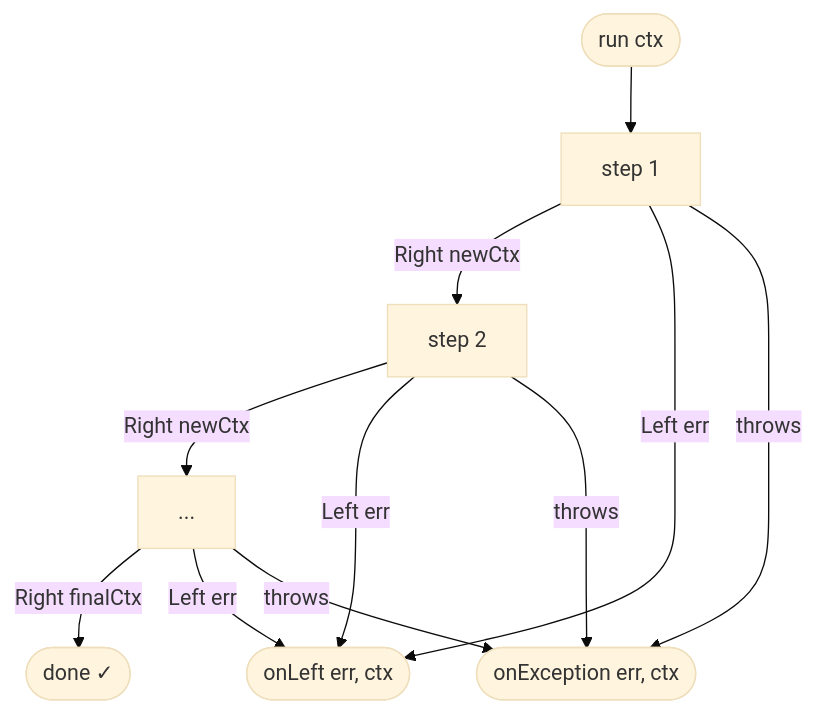
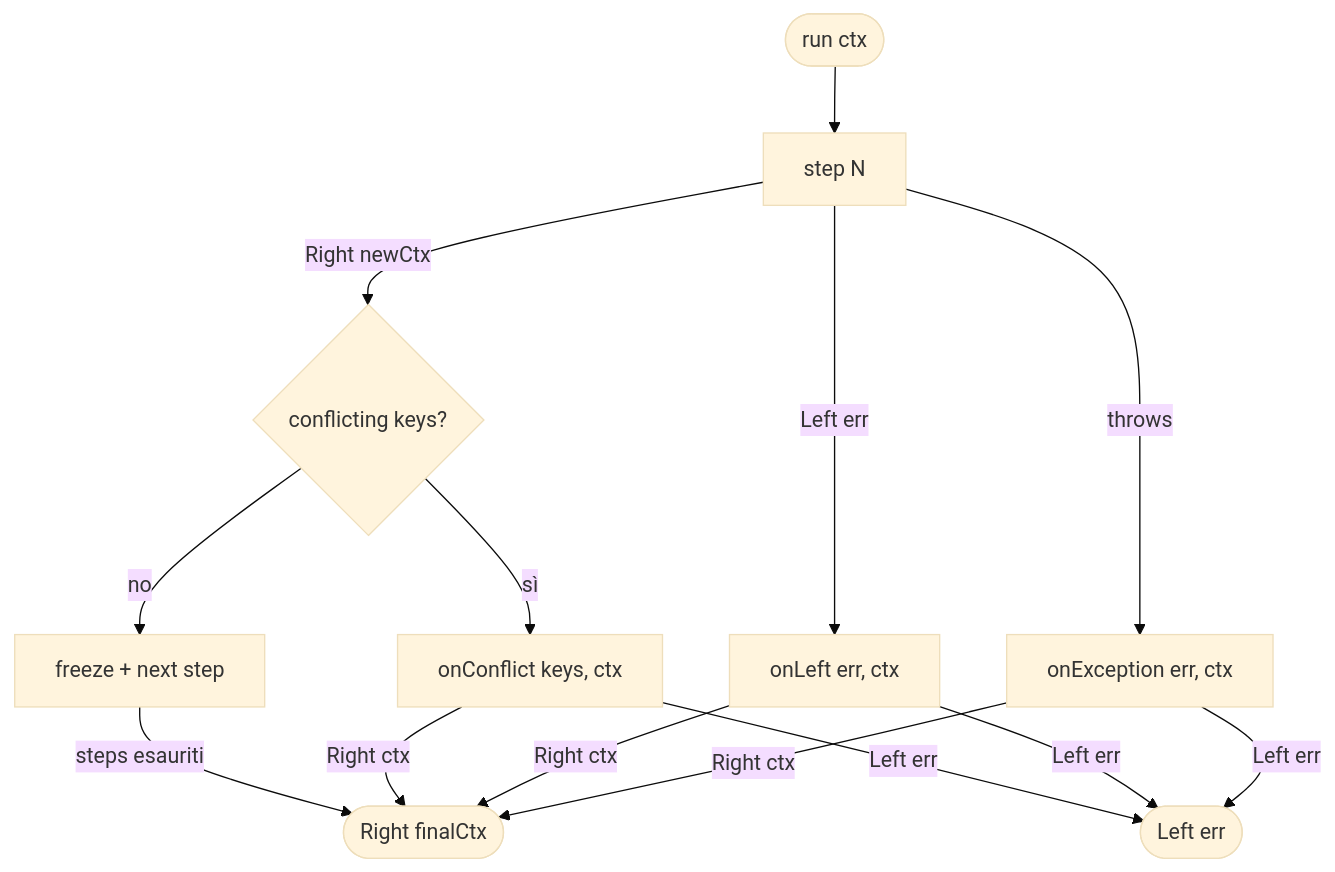
One commit to ngwes/groucho-fp changed the diagram in architecture/ADR-001-pipeline-design.md. Above: the diagram before and after it, drawn with Mermaid (base theme). The commit also changed other lines of this file, not shown here.

````diff
--- a/architecture/ADR-001-pipeline-design.md
+++ b/architecture/ADR-001-pipeline-design.md
@@ -47,15 +52,18 @@
 ```mermaid
 flowchart TD
-    A([run ctx]) --> B[step 1]
-    B -->|Right newCtx| C[step 2]
-    C -->|Right newCtx| D[...]
-    D -->|Right finalCtx| E([done ✓])
+    A([run ctx]) --> B[step N]
+    B -->|Right newCtx| C{conflicting keys?}
+    C -->|no| D[freeze + next step]
+    C -->|sì| E[onConflict keys, ctx]
+    D -->|steps esauriti| F([Right finalCtx])
 
-    B -->|Left err| F([onLeft err, ctx])
-    C -->|Left err| F
-    D -->|Left err| F
+    B -->|Left err| G[onLeft err, ctx]
+    B -->|throws| H[onException err, ctx]
 
-    B -->|throws| G([onException err, ctx])
-    C -->|throws| G
-    D -->|throws| G
+    E -->|Right ctx| F
+    E -->|Left err| I([Left err])
+    G -->|Right ctx| F
+    G -->|Left err| I
+    H -->|Right ctx| F
+    H -->|Left err| I
 ```
````
